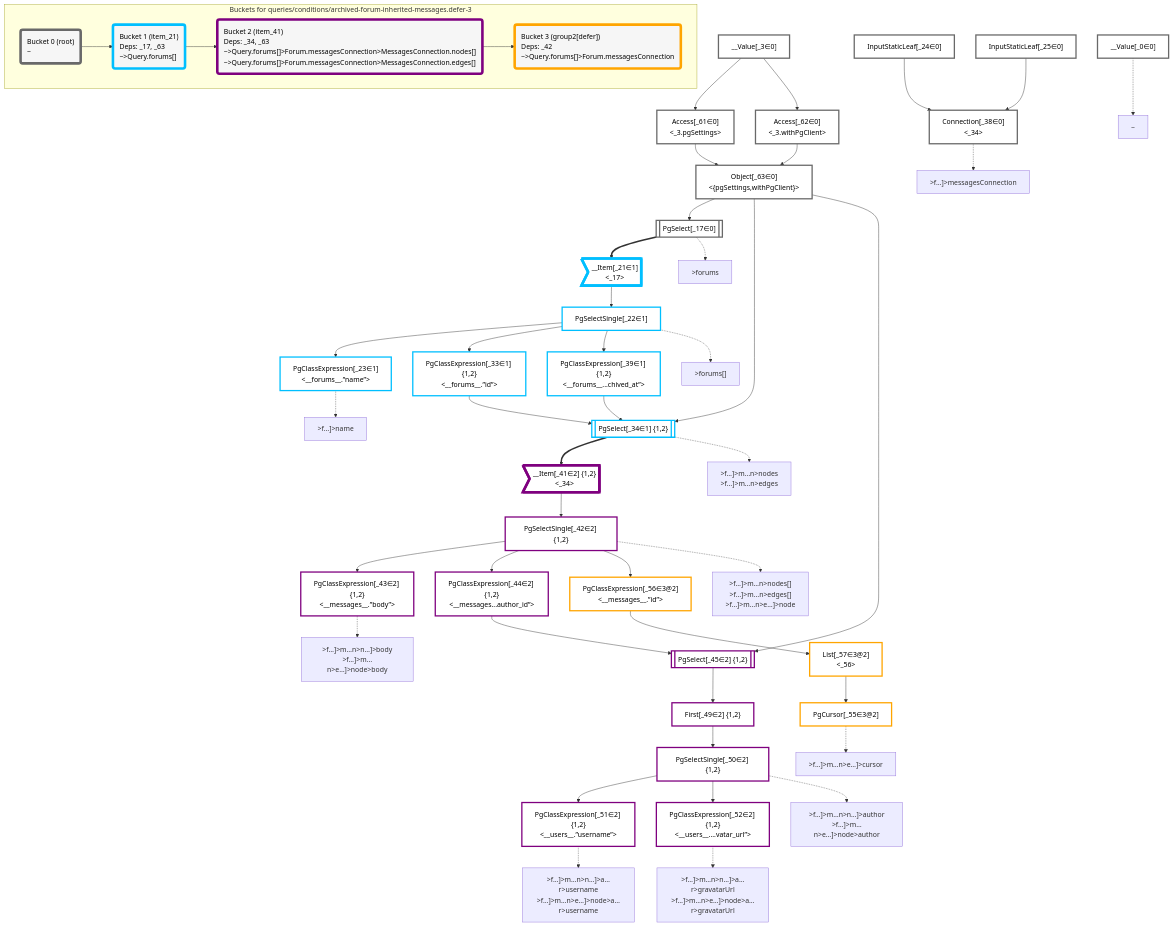
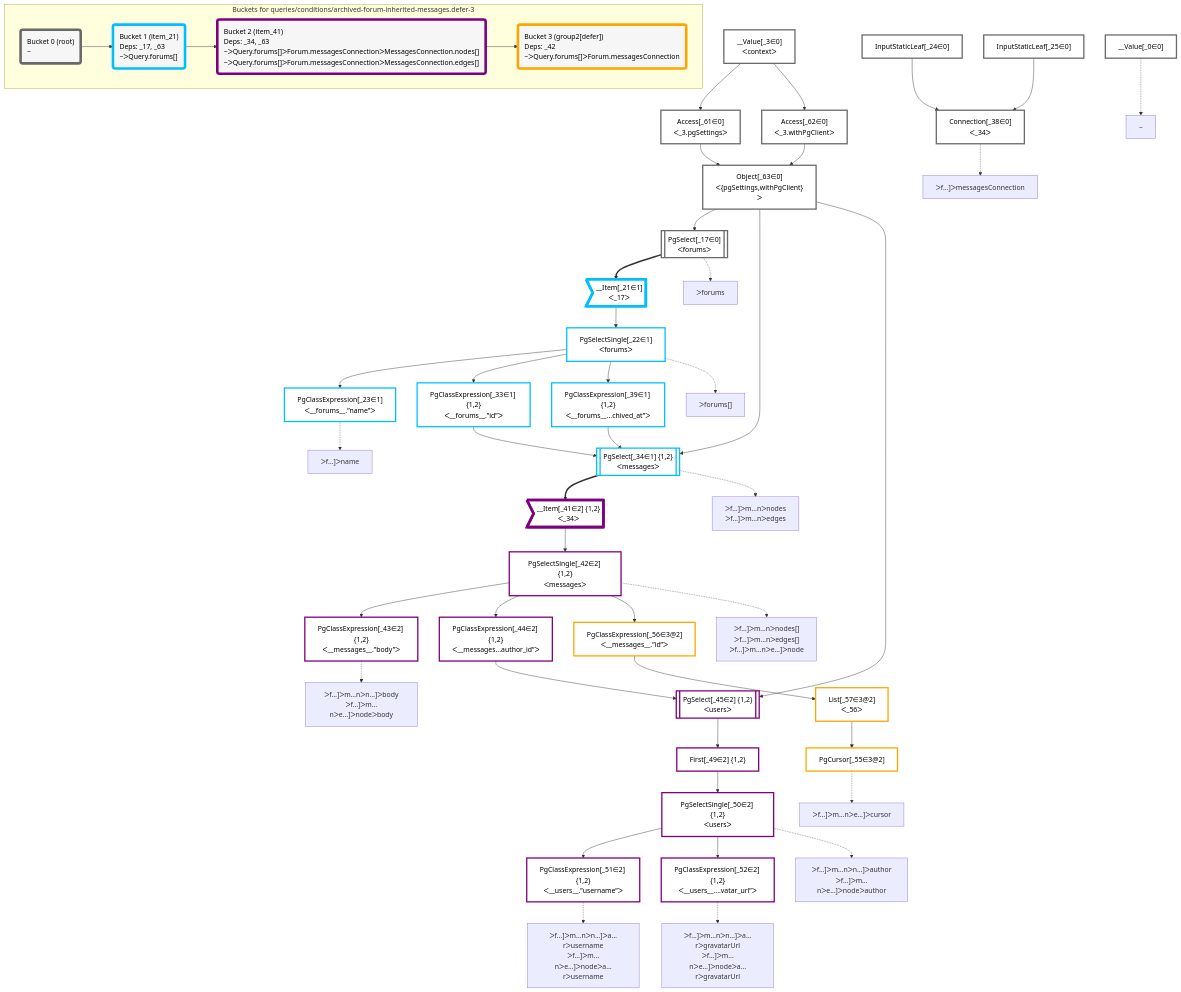
Before and after one commit to graphile/crystal: the diagram in packages/dataplan-pg/__tests__/queries/conditions/archived-forum-inherited-messages.defer-3.deopt.mermaid.md, drawn with Mermaid. The commit also changed 195 other files, not shown here.

```diff
--- a/packages/dataplan-pg/__tests__/queries/conditions/archived-forum-inherited-messages.defer-3.deopt.mermaid.md
+++ b/packages/dataplan-pg/__tests__/queries/conditions/archived-forum-inherited-messages.defer-3.deopt.mermaid.md
@@ -9,32 +9,32 @@
 
     %% define plans
     __Value_0["__Value[_0∈0]"]:::plan
-    __Value_3["__Value[_3∈0]<br /><context>"]:::plan
-    PgSelect_17[["PgSelect[_17∈0]<br /><forums>"]]:::plan
-    __Item_21>"__Item[_21∈1]<br /><_17>"]:::itemplan
-    PgSelectSingle_22["PgSelectSingle[_22∈1]<br /><forums>"]:::plan
-    PgClassExpression_23["PgClassExpression[_23∈1]<br /><__forums__.”name”>"]:::plan
+    __Value_3["__Value[_3∈0]<br />ᐸcontextᐳ"]:::plan
+    PgSelect_17[["PgSelect[_17∈0]<br />ᐸforumsᐳ"]]:::plan
+    __Item_21>"__Item[_21∈1]<br />ᐸ_17ᐳ"]:::itemplan
+    PgSelectSingle_22["PgSelectSingle[_22∈1]<br />ᐸforumsᐳ"]:::plan
+    PgClassExpression_23["PgClassExpression[_23∈1]<br />ᐸ__forums__.”name”ᐳ"]:::plan
     InputStaticLeaf_24["InputStaticLeaf[_24∈0]"]:::plan
     InputStaticLeaf_25["InputStaticLeaf[_25∈0]"]:::plan
-    PgClassExpression_33["PgClassExpression[_33∈1] {1,2}<br /><__forums__.”id”>"]:::plan
-    PgSelect_34[["PgSelect[_34∈1] {1,2}<br /><messages>"]]:::plan
-    Connection_38["Connection[_38∈0]<br /><_34>"]:::plan
-    PgClassExpression_39["PgClassExpression[_39∈1] {1,2}<br /><__forums__...chived_at”>"]:::plan
-    __Item_41>"__Item[_41∈2] {1,2}<br /><_34>"]:::itemplan
-    PgSelectSingle_42["PgSelectSingle[_42∈2] {1,2}<br /><messages>"]:::plan
-    PgClassExpression_43["PgClassExpression[_43∈2] {1,2}<br /><__messages__.”body”>"]:::plan
-    PgClassExpression_44["PgClassExpression[_44∈2] {1,2}<br /><__messages...author_id”>"]:::plan
-    PgSelect_45[["PgSelect[_45∈2] {1,2}<br /><users>"]]:::plan
+    PgClassExpression_33["PgClassExpression[_33∈1] {1,2}<br />ᐸ__forums__.”id”ᐳ"]:::plan
+    PgSelect_34[["PgSelect[_34∈1] {1,2}<br />ᐸmessagesᐳ"]]:::plan
+    Connection_38["Connection[_38∈0]<br />ᐸ_34ᐳ"]:::plan
+    PgClassExpression_39["PgClassExpression[_39∈1] {1,2}<br />ᐸ__forums__...chived_at”ᐳ"]:::plan
+    __Item_41>"__Item[_41∈2] {1,2}<br />ᐸ_34ᐳ"]:::itemplan
+    PgSelectSingle_42["PgSelectSingle[_42∈2] {1,2}<br />ᐸmessagesᐳ"]:::plan
+    PgClassExpression_43["PgClassExpression[_43∈2] {1,2}<br />ᐸ__messages__.”body”ᐳ"]:::plan
+    PgClassExpression_44["PgClassExpression[_44∈2] {1,2}<br />ᐸ__messages...author_id”ᐳ"]:::plan
+    PgSelect_45[["PgSelect[_45∈2] {1,2}<br />ᐸusersᐳ"]]:::plan
     First_49["First[_49∈2] {1,2}"]:::plan
-    PgSelectSingle_50["PgSelectSingle[_50∈2] {1,2}<br /><users>"]:::plan
-    PgClassExpression_51["PgClassExpression[_51∈2] {1,2}<br /><__users__.”username”>"]:::plan
-    PgClassExpression_52["PgClassExpression[_52∈2] {1,2}<br /><__users__....vatar_url”>"]:::plan
+    PgSelectSingle_50["PgSelectSingle[_50∈2] {1,2}<br />ᐸusersᐳ"]:::plan
+    PgClassExpression_51["PgClassExpression[_51∈2] {1,2}<br />ᐸ__users__.”username”ᐳ"]:::plan
+    PgClassExpression_52["PgClassExpression[_52∈2] {1,2}<br />ᐸ__users__....vatar_url”ᐳ"]:::plan
     PgCursor_55["PgCursor[_55∈3@2]"]:::plan
-    PgClassExpression_56["PgClassExpression[_56∈3@2]<br /><__messages__.”id”>"]:::plan
-    List_57["List[_57∈3@2]<br /><_56>"]:::plan
-    Access_61["Access[_61∈0]<br /><_3.pgSettings>"]:::plan
-    Access_62["Access[_62∈0]<br /><_3.withPgClient>"]:::plan
-    Object_63["Object[_63∈0]<br /><{pgSettings,withPgClient}>"]:::plan
+    PgClassExpression_56["PgClassExpression[_56∈3@2]<br />ᐸ__messages__.”id”ᐳ"]:::plan
+    List_57["List[_57∈3@2]<br />ᐸ_56ᐳ"]:::plan
+    Access_61["Access[_61∈0]<br />ᐸ_3.pgSettingsᐳ"]:::plan
+    Access_62["Access[_62∈0]<br />ᐸ_3.withPgClientᐳ"]:::plan
+    Object_63["Object[_63∈0]<br />ᐸ{pgSettings,withPgClient}ᐳ"]:::plan
 
     %% plan dependencies
     Object_63 --> PgSelect_17
@@ -69,27 +69,27 @@
     %% plan-to-path relationships
     P_0["~"]
     __Value_0 -.-> P_0
-    P_17[">forums"]
+    P_17["ᐳforums"]
     PgSelect_17 -.-> P_17
-    P_22[">forums[]"]
+    P_22["ᐳforums[]"]
     PgSelectSingle_22 -.-> P_22
-    P_23[">f…]>name"]
+    P_23["ᐳf…]ᐳname"]
     PgClassExpression_23 -.-> P_23
-    P_34[">f…]>m…n>nodes<br />>f…]>m…n>edges"]
+    P_34["ᐳf…]ᐳm…nᐳnodes<br />ᐳf…]ᐳm…nᐳedges"]
     PgSelect_34 -.-> P_34
-    P_38[">f…]>messagesConnection"]
+    P_38["ᐳf…]ᐳmessagesConnection"]
     Connection_38 -.-> P_38
-    P_42[">f…]>m…n>nodes[]<br />>f…]>m…n>edges[]<br />>f…]>m…n>e…]>node"]
+    P_42["ᐳf…]ᐳm…nᐳnodes[]<br />ᐳf…]ᐳm…nᐳedges[]<br />ᐳf…]ᐳm…nᐳe…]ᐳnode"]
     PgSelectSingle_42 -.-> P_42
-    P_43[">f…]>m…n>n…]>body<br />>f…]>m…n>e…]>node>body"]
+    P_43["ᐳf…]ᐳm…nᐳn…]ᐳbody<br />ᐳf…]ᐳm…nᐳe…]ᐳnodeᐳbody"]
     PgClassExpression_43 -.-> P_43
-    P_50[">f…]>m…n>n…]>author<br />>f…]>m…n>e…]>node>author"]
+    P_50["ᐳf…]ᐳm…nᐳn…]ᐳauthor<br />ᐳf…]ᐳm…nᐳe…]ᐳnodeᐳauthor"]
     PgSelectSingle_50 -.-> P_50
-    P_51[">f…]>m…n>n…]>a…r>username<br />>f…]>m…n>e…]>node>a…r>username"]
+    P_51["ᐳf…]ᐳm…nᐳn…]ᐳa…rᐳusername<br />ᐳf…]ᐳm…nᐳe…]ᐳnodeᐳa…rᐳusername"]
     PgClassExpression_51 -.-> P_51
-    P_52[">f…]>m…n>n…]>a…r>gravatarUrl<br />>f…]>m…n>e…]>node>a…r>gravatarUrl"]
+    P_52["ᐳf…]ᐳm…nᐳn…]ᐳa…rᐳgravatarUrl<br />ᐳf…]ᐳm…nᐳe…]ᐳnodeᐳa…rᐳgravatarUrl"]
     PgClassExpression_52 -.-> P_52
-    P_55[">f…]>m…n>e…]>cursor"]
+    P_55["ᐳf…]ᐳm…nᐳe…]ᐳcursor"]
     PgCursor_55 -.-> P_55
 
     %% allocate buckets
@@ -105,13 +105,13 @@
     subgraph "Buckets for queries/conditions/archived-forum-inherited-messages.defer-3"
     Bucket0("Bucket 0 (root)<br />~"):::bucket
     style Bucket0 stroke:#696969
-    Bucket1("Bucket 1 (item_21)<br />Deps: _17, _63<br />~>Query.forums[]"):::bucket
+    Bucket1("Bucket 1 (item_21)<br />Deps: _17, _63<br />~ᐳQuery.forums[]"):::bucket
     style Bucket1 stroke:#00bfff
     Bucket0 --> Bucket1
-    Bucket2("Bucket 2 (item_41)<br />Deps: _34, _63<br />~>Query.forums[]>Forum.messagesConnection>MessagesConnection.nodes[]<br />~>Query.forums[]>Forum.messagesConnection>MessagesConnection.edges[]"):::bucket
+    Bucket2("Bucket 2 (item_41)<br />Deps: _34, _63<br />~ᐳQuery.forums[]ᐳForum.messagesConnectionᐳMessagesConnection.nodes[]<br />~ᐳQuery.forums[]ᐳForum.messagesConnectionᐳMessagesConnection.edges[]"):::bucket
     style Bucket2 stroke:#7f007f
     Bucket1 --> Bucket2
-    Bucket3("Bucket 3 (group2[defer])<br />Deps: _42<br />~>Query.forums[]>Forum.messagesConnection"):::bucket
+    Bucket3("Bucket 3 (group2[defer])<br />Deps: _42<br />~ᐳQuery.forums[]ᐳForum.messagesConnection"):::bucket
     style Bucket3 stroke:#ffa500
     Bucket2 --> Bucket3
     end
```
